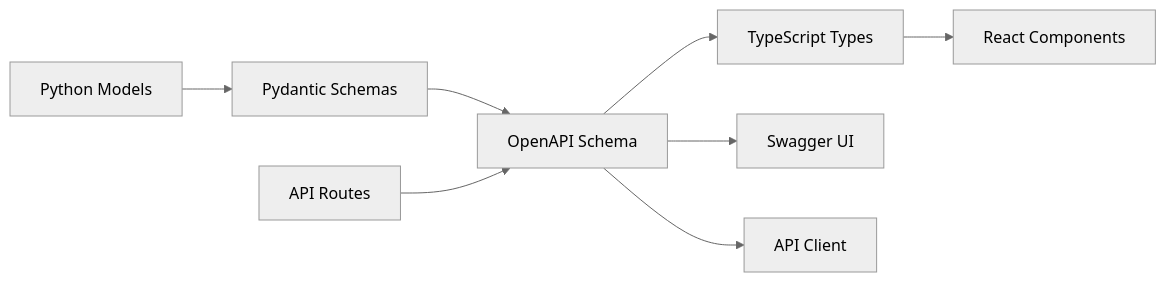
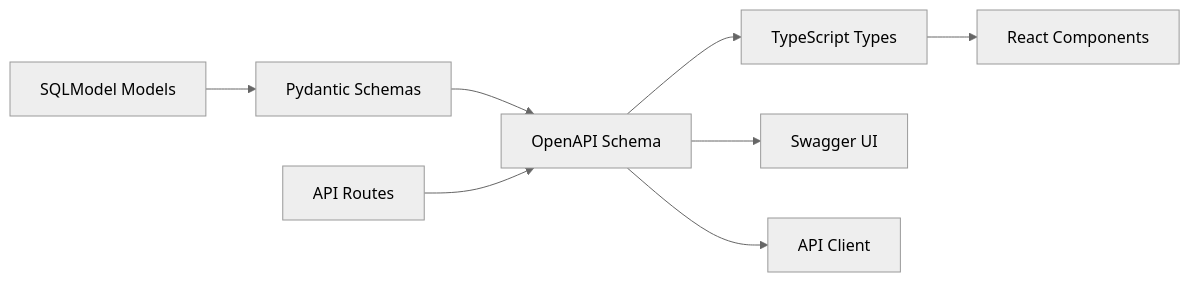
One commit to bastien-pruvost/codifeed changed the diagram in README.md. Above: the diagram before and after it, drawn with Mermaid (neutral theme). The commit also changed other lines of this file and 2 other files, not shown here.

````diff
--- a/README.md
+++ b/README.md
@@ -159,11 +121,11 @@
 ```mermaid
 graph LR
-    A[Python Models] --> B[Pydantic Schemas]
+    A[SQLModel Models] --> B[Pydantic Schemas]
     B --> C[OpenAPI Schema]
     C --> D[TypeScript Types]
     D --> E[React Components]
 
     F[API Routes] --> C
     C --> G[Swagger UI]
     C --> H[API Client]
 ```
````
